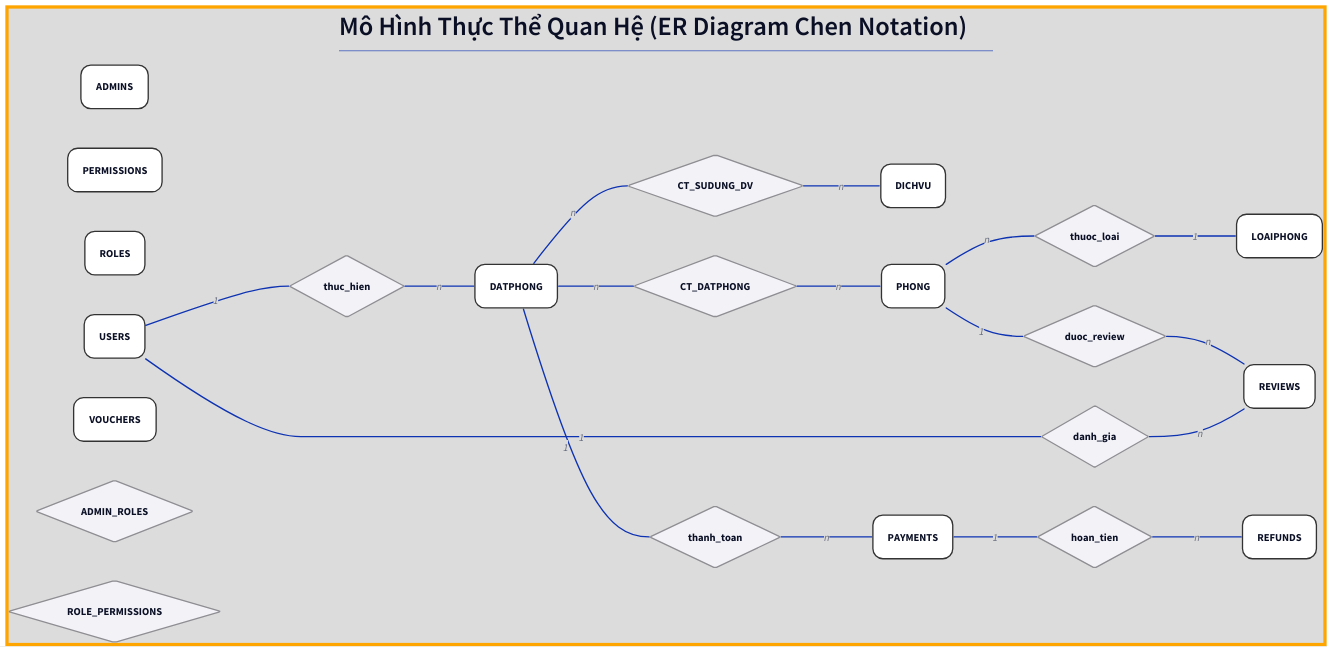
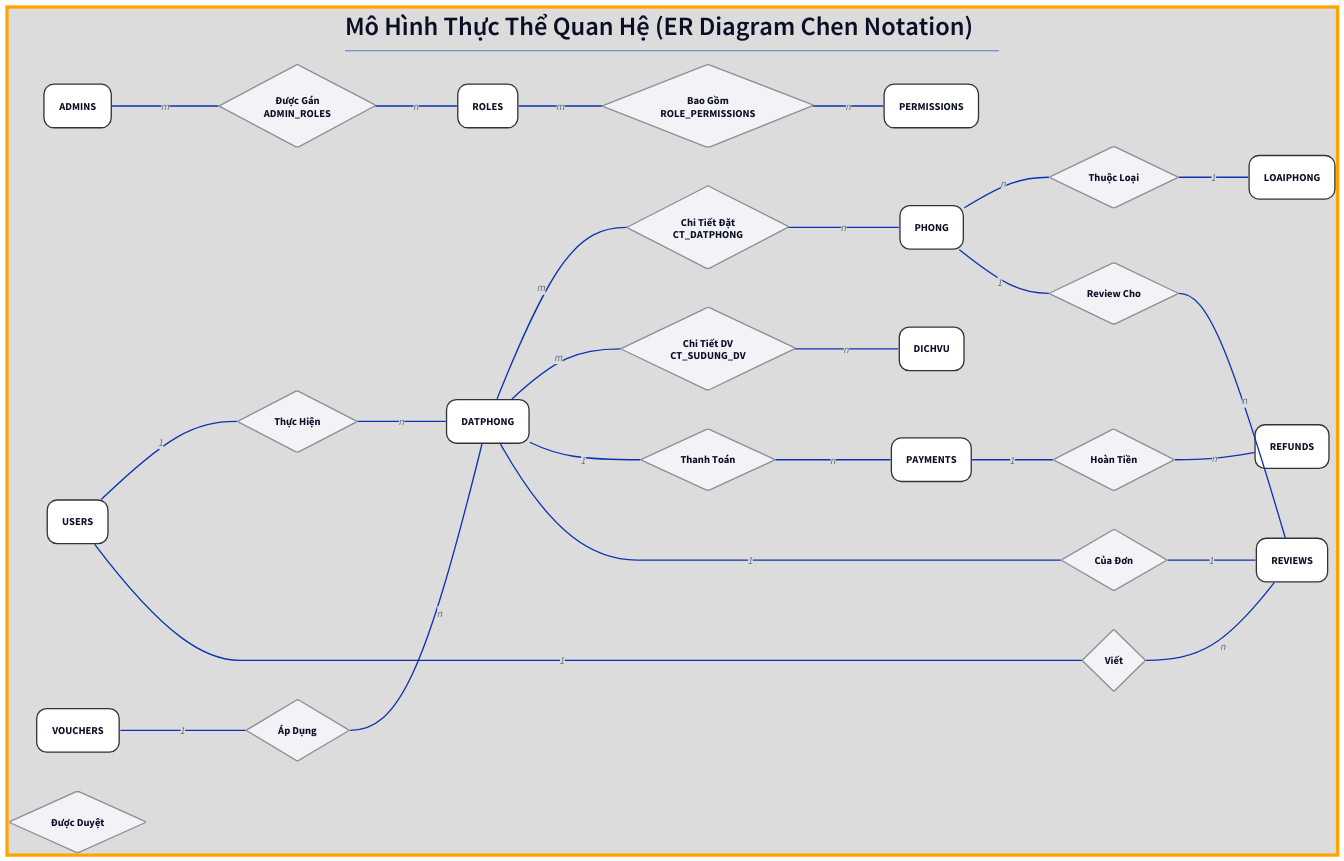
One commit to sam-uit/ie103-project-report changed the diagram in report/content/diagrams/er.d2. Above: the diagram before and after it, drawn with D2.

```diff
--- a/report/content/diagrams/er.d2
+++ b/report/content/diagrams/er.d2
@@ -37,7 +37,17 @@
     }
   }
 
-  # Thuộc tính: Oval màu xanh nhạt
+  # Quan hệ (Relationship): Hình thoi
+  rel: {
+    shape: diamond
+    style: {
+      fill: "#F2F2F7"
+      stroke: "#8E8E93"
+      stroke-width: 2
+    }
+  }
+
+  # Thuộc tính: Oval (chưa dùng nhiều để tránh rối)
   attr: {
     shape: oval
     width: 60
@@ -49,199 +59,107 @@
       font-size: 12
     }
   }
-
-  # Quan hệ: Hình thoi
-  rel: {
-    shape: diamond
-    style: {
-      fill: "#F2F2F7"
-      stroke: "#8E8E93"
-    }
-  }
-
-  # Đường nối thuộc tính: Màu nhạt
-  link_attr: {
-    style: {
-      stroke: "#3a3838"
-      stroke-width: 1
-    }
-  }
 }
 
-# --- 2. DATA MODEL ---
+# --- 2. ENTITIES (THỰC THỂ) ---
+# Dựa trên init_tables.sql và tài liệu mô tả
 
-ADMINS: {class: entity}
-DATPHONG: {class: entity}
-DICHVU: {class: entity}
-LOAIPHONG: {class: entity}
-PAYMENTS: {class: entity}
-PERMISSIONS: {class: entity}
-PHONG: {class: entity}
-REFUNDS: {class: entity}
-REVIEWS: {class: entity}
-ROLES: {class: entity}
-USERS: {class: entity}
-VOUCHERS: {class: entity}
+ADMINS: {class: entity; label: "ADMINS"}
+ROLES: {class: entity; label: "ROLES"}
+PERMISSIONS: {class: entity; label: "PERMISSIONS"}
 
-CT_DATPHONG: {class: rel}
-CT_SUDUNG_DV: {class: rel}
-ADMIN_ROLES: {class: rel}
-ROLE_PERMISSIONS: {class: rel}
-thuc_hien: {class: rel}
-thuoc_loai: {class: rel}
-duoc_review: {class: rel}
-danh_gia: {class: rel}
-thanh_toan: {class: rel}
-hoan_tien: {class: rel}
+USERS: {class: entity; label: "USERS"}
+VOUCHERS: {class: entity; label: "VOUCHERS"}
 
+DATPHONG: {class: entity; label: "DATPHONG"}
+LOAIPHONG: {class: entity; label: "LOAIPHONG"}
+PHONG: {class: entity; label: "PHONG"}
+DICHVU: {class: entity; label: "DICHVU"}
+
+PAYMENTS: {class: entity; label: "PAYMENTS"}
+REFUNDS: {class: entity; label: "REFUNDS"}
+REVIEWS: {class: entity; label: "REVIEWS"}
+
+# --- 3. RELATIONSHIPS (MỐI QUAN HỆ) ---
+# Phân biệt rõ đâu là quan hệ. 
+# Các bảng trung gian N-N trong SQL được coi là Quan Hệ trong ERD.
+
+# Quan hệ N-N (Từ bảng trung gian)
+ADMIN_ROLES: {class: rel; label: "Được Gán\nADMIN_ROLES"}
+ROLE_PERMISSIONS: {class: rel; label: "Bao Gồm\nROLE_PERMISSIONS"}
+CT_DATPHONG: {class: rel; label: "Chi Tiết Đặt\nCT_DATPHONG"}
+CT_SUDUNG_DV: {class: rel; label: "Chi Tiết DV\nCT_SUDUNG_DV"}
+
+# Quan hệ 1-N / 1-1 (Logical)
+thuc_hien: {class: rel; label: "Thực Hiện"}
+thuoc_loai: {class: rel; label: "Thuộc Loại"}
+ap_dung: {class: rel; label: "Áp Dụng"}
+thanh_toan: {class: rel; label: "Thanh Toán"}
+hoan_tien: {class: rel; label: "Hoàn Tiền"}
+duoc_duyet: {class: rel; label: "Được Duyệt"}
+
+tao_review: {class: rel; label: "Viết"}
+review_cho: {class: rel; label: "Review Cho"}
+review_cua: {class: rel; label: "Của Đơn"}
+
+# --- 4. CONNECTIONS (CARDINALITY) ---
+
+# --- Nhóm User & Authorization ---
+# N-N: Admin - Roles
+ADMINS -- ADMIN_ROLES: m
+ADMIN_ROLES -- ROLES: n
+
+# N-N: Roles - Permissions
+ROLES -- ROLE_PERMISSIONS: m
+ROLE_PERMISSIONS -- PERMISSIONS: n
+
+# --- Nhóm Booking & Room ---
+# 1-N: User - DatPhong
 USERS -- thuc_hien: 1
 thuc_hien -- DATPHONG: n
 
-DATPHONG -- CT_DATPHONG: n
+# N-N: DatPhong - Phong (thông qua CT_DATPHONG)
+DATPHONG -- CT_DATPHONG: m
 CT_DATPHONG -- PHONG: n
 
+# 1-N: LoaiPhong - Phong
 PHONG -- thuoc_loai: n
 thuoc_loai -- LOAIPHONG: 1
 
-# DATPHONG -- duoc_review: 1
-# duoc_review -- REVIEWS: n
+# 1-N: Voucher - DatPhong
+VOUCHERS -- ap_dung: 1
+ap_dung -- DATPHONG: n
 
-PHONG -- duoc_review: 1
-duoc_review -- REVIEWS: n
-
-USERS -- danh_gia: 1
-danh_gia -- REVIEWS: n
-
-DATPHONG -- CT_SUDUNG_DV: n
+# N-N: DatPhong - DichVu (thông qua CT_SUDUNG_DV)
+DATPHONG -- CT_SUDUNG_DV: m
 CT_SUDUNG_DV -- DICHVU: n
 
+# --- Nhóm Payment & Refund ---
+# 1-N: DatPhong - Payments (Một đơn có thể có nhiều giao dịch?)
+# SQL: Payment references Booking.
 DATPHONG -- thanh_toan: 1
 thanh_toan -- PAYMENTS: n
 
+# 1-N: Payments - Refunds
 PAYMENTS -- hoan_tien: 1
 hoan_tien -- REFUNDS: n
 
-# === AUTH SYSTEM ===
-# admins: {class: entity}
-# Attributes
-# admin_id: {class: attr; label: |md <u>id</u> |}
-# admin_mail: {class: attr; label: email}
-# admin_pass: {class: attr; label: pass}
-# admin_name: {class: attr; label: name}
-# # Connections
-# admins -- admin_id: {class: link_attr}
-# admins -- admin_mail: {class: link_attr}
-# admins -- admin_pass: {class: link_attr}
-# admins -- admin_name: {class: link_attr}
+# User & Admin liên quan đến Refund
+# USERS -- yeu_cau -- REFUNDS (Implicit via Payment or explicit?)
+# ADMINS -- duoc_duyet: 1
+# duoc_duyet -- REFUNDS: n
 
-# roles: {class: entity}
-# role_id: {class: attr; label: |md <u>id</u> |}
-# role_code: {class: attr; label: code}
-# role_name: {class: attr; label: name}
-# roles -- role_id: {class: link_attr}
-# roles -- role_code: {class: link_attr}
-# roles -- role_name: {class: link_attr}
+# --- Nhóm Review ---
+# SQL: Reviews references User, Phong, DatPhong (Unique)
 
-# perms: {class: entity; label: PERMISSIONS}
-# perm_id: {class: attr; label: |md <u>id</u> |}
-# perm_code: {class: attr; label: code}
-# perms -- perm_id: {class: link_attr}
-# perms -- perm_code: {class: link_attr}
+# 1-N: User - Reviews
+USERS -- tao_review: 1
+tao_review -- REVIEWS: n
 
-# === BOOKING SYSTEM ===
-# users: {class: entity}
-# user_id: {class: attr; label: |md <u>id</u> |}
-# user_mail: {class: attr; label: email}
-# user_phn: {class: attr; label: phone}
-# users -- user_id: {class: link_attr}
-# users -- user_mail: {class: link_attr}
-# users -- user_phn: {class: link_attr}
+# 1-N: Phong - Reviews
+PHONG -- review_cho: 1
+review_cho -- REVIEWS: n
 
-# datphong: {class: entity}
-# dp_id: {class: attr; label: |md <u>id</u> |}
-# dp_in: {class: attr; label: check_in}
-# dp_out: {class: attr; label: check_out}
-# dp_stt: {class: attr; label: status}
-# datphong -- dp_id: {class: link_attr}
-# datphong -- dp_in: {class: link_attr}
-# datphong -- dp_out: {class: link_attr}
-# datphong -- dp_stt: {class: link_attr}
-
-# phong: {class: entity}
-# p_id: {class: attr; label: |md <u>id</u> |}
-# p_num: {class: attr; label: number}
-# p_stt: {class: attr; label: status}
-# phong -- p_id: {class: link_attr}
-# phong -- p_num: {class: link_attr}
-# phong -- p_stt: {class: link_attr}
-
-# loaiphong: {class: entity}
-# lp_id: {class: attr; label: |md <u>id</u> |}
-# lp_name: {class: attr; label: name}
-# lp_price: {class: attr; label: price}
-# loaiphong -- lp_id: {class: link_attr}
-# loaiphong -- lp_name: {class: link_attr}
-# loaiphong -- lp_price: {class: link_attr}
-
-# === FINANCE SYSTEM ===
-# payments: {class: entity}
-# pay_id: {class: attr; label: |md <u>id</u> |}
-# pay_amt: {class: attr; label: amt}
-# pay_mth: {class: attr; label: method}
-# payments -- pay_id: {class: link_attr}
-# payments -- pay_amt: {class: link_attr}
-# payments -- pay_mth: {class: link_attr}
-
-# refunds: {class: entity}
-# rf_id: {class: attr; label: |md <u>id</u> |}
-# rf_amt: {class: attr; label: amt}
-# rf_rsn: {class: attr; label: reason}
-# refunds -- rf_id: {class: link_attr}
-# refunds -- rf_amt: {class: link_attr}
-# refunds -- rf_rsn: {class: link_attr}
-
-# --- 3. RELATIONSHIPS ---
-
-# phan_quyen: {class: rel; label: PHAN_QUYEN}
-# gan_quyen: {class: rel; label: GAN_QUYEN}
-# thuc_hien: {class: rel; label: THUC_HIEN}
-# chi_tiet: {class: rel; label: CHI_TIET}
-# thuoc_loai: {class: rel; label: THUOC_LOAI}
-# thanh_toan: {class: rel; label: THANH_TOAN}
-# hoan_tien: {class: rel; label: HOAN_TIEN}
-# duyet_hoan: {class: rel; label: DUYET_HOAN}
-
-# Attribute of Relationship
-# attr_dongia: {class: attr; label: don_gia; style: {stroke-dash: 3}}
-# chi_tiet -- attr_dongia: {class: link_attr}
-
-# --- 4. CONNECTIONS ---
-
-# Admin Flow
-# admins -- phan_quyen: 1
-# phan_quyen -- roles: n
-
-# roles -- gan_quyen: 1
-# gan_quyen -- perms: n
-
-# User Flow
-# users -- thuc_hien: 1
-# thuc_hien -- datphong: n
-
-# Room Flow
-# datphong -- chi_tiet: 1
-# chi_tiet -- phong: n
-
-# phong -- thuoc_loai: n
-# thuoc_loai -- loaiphong: 1
-
-# Payment Flow
-# datphong -- thanh_toan: 1
-# thanh_toan -- payments: n
-
-# payments -- hoan_tien: 1
-# hoan_tien -- refunds: n
-
-# Approval Flow
-# admins -- duyet_hoan: 1
-# duyet_hoan -- refunds: n
+# 1-1: DatPhong - Reviews (Mỗi đơn 1 review)
+DATPHONG -- review_cua: 1
+review_cua -- REVIEWS: 1
```
